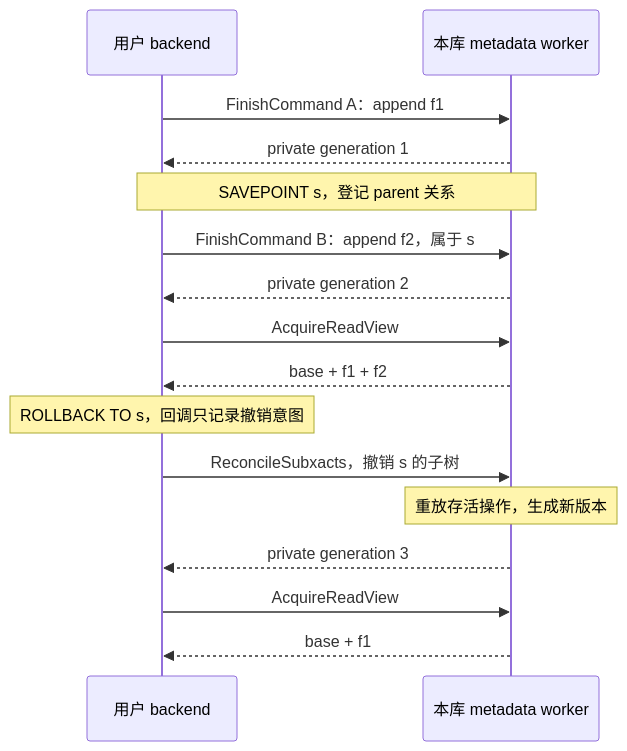
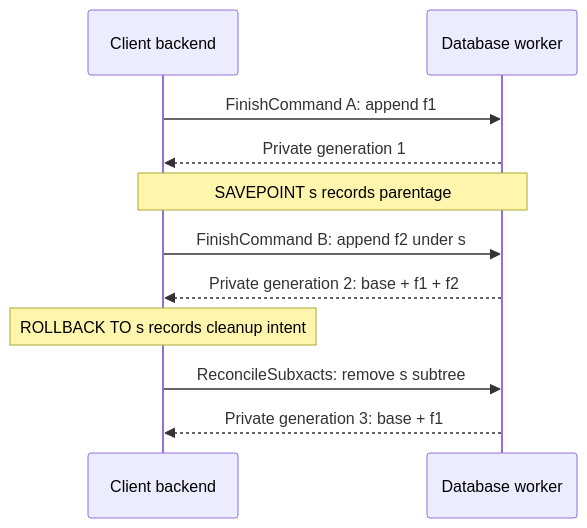
The first of 3 diagrams in docs/design/metadata-transactions.md (pgiceberg/pgiceberg), drawn with Mermaid before and after one commit. The commit also changed other lines of this file and 7 other files, not shown here.

````diff
--- a/docs/design/metadata-transactions.md
+++ b/docs/design/metadata-transactions.md
@@ -126,18 +123,13 @@
 ```mermaid
 sequenceDiagram
-  participant B as 用户 backend
-  participant M as 本库 metadata worker
-  B->>M: FinishCommand A：append f1
-  M-->>B: private generation 1
-  Note over B,M: SAVEPOINT s，登记 parent 关系
-  B->>M: FinishCommand B：append f2，属于 s
-  M-->>B: private generation 2
-  B->>M: AcquireReadView
-  M-->>B: base + f1 + f2
-  Note over B: ROLLBACK TO s，回调只记录撤销意图
-  B->>M: ReconcileSubxacts，撤销 s 的子树
-  Note over M: 重放存活操作，生成新版本
-  M-->>B: private generation 3
-  B->>M: AcquireReadView
-  M-->>B: base + f1
+  participant B as Client backend
+  participant M as Database worker
+  B->>M: FinishCommand A: append f1
+  M-->>B: Private generation 1
+  Note over B,M: SAVEPOINT s records parentage
+  B->>M: FinishCommand B: append f2 under s
+  M-->>B: Private generation 2: base + f1 + f2
+  Note over B: ROLLBACK TO s records cleanup intent
+  B->>M: ReconcileSubxacts: remove s subtree
+  M-->>B: Private generation 3: base + f1
 ```
````
